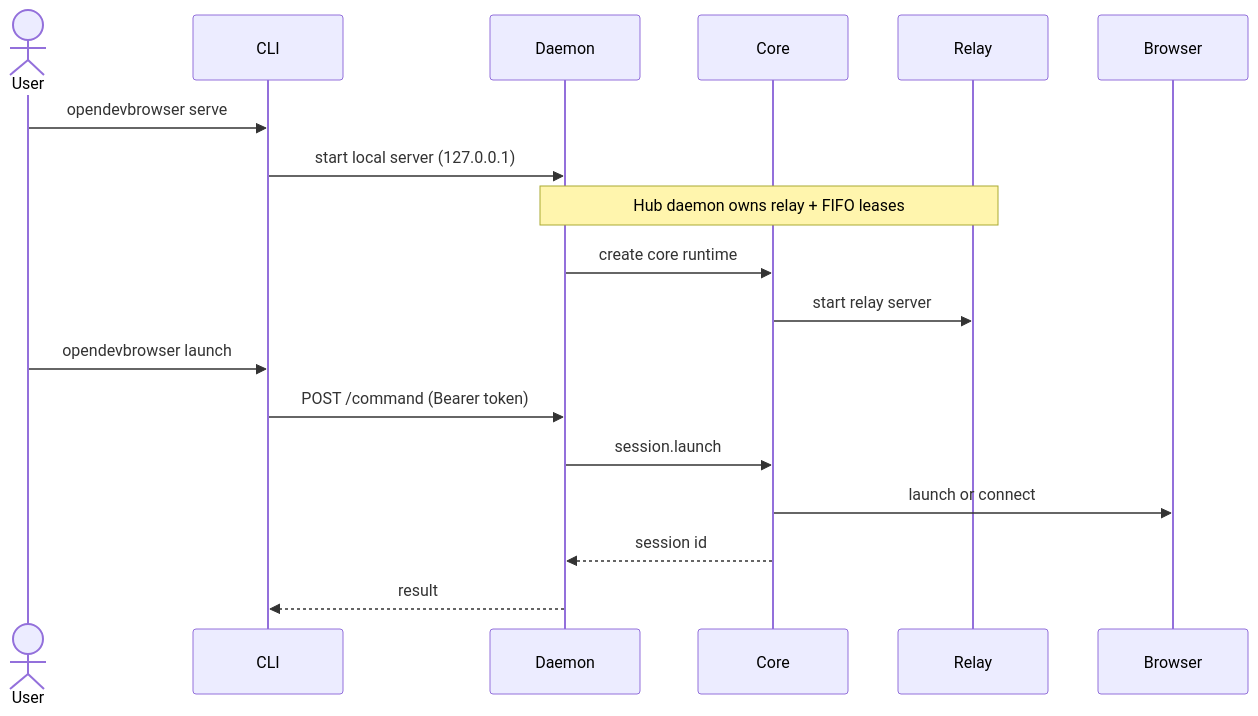
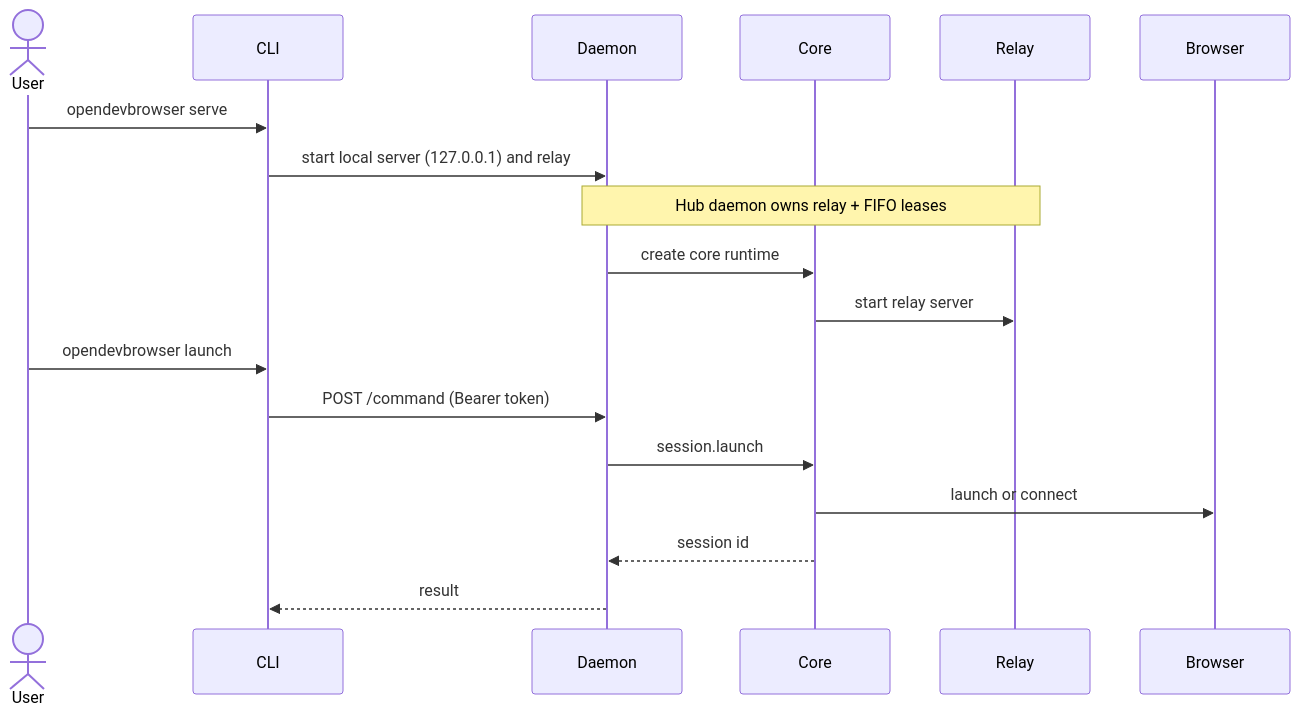
Before and after one commit to freshtechbro/opendevbrowser: the second of 3 diagrams in docs/ARCHITECTURE.md, drawn with Mermaid. The commit also changed other lines of this file and 116 other files, not shown here.

First line of the commit message:
feat: Add ops parity/E2E coverage (daemon+relay)

````diff
--- a/docs/ARCHITECTURE.md
+++ b/docs/ARCHITECTURE.md
@@ -69,21 +76,21 @@
 ```mermaid
 sequenceDiagram
   actor User
   participant CLI
   participant Daemon
   participant Core
   participant Relay
   participant Browser
 
   User->>CLI: opendevbrowser serve
-  CLI->>Daemon: start local server (127.0.0.1)
+  CLI->>Daemon: start local server (127.0.0.1) and relay
   Note over Daemon,Relay: Hub daemon owns relay + FIFO leases
   Daemon->>Core: create core runtime
   Core->>Relay: start relay server
   User->>CLI: opendevbrowser launch
   CLI->>Daemon: POST /command (Bearer token)
   Daemon->>Core: session.launch
   Core->>Browser: launch or connect
   Core-->>Daemon: session id
   Daemon-->>CLI: result
 ```
````
